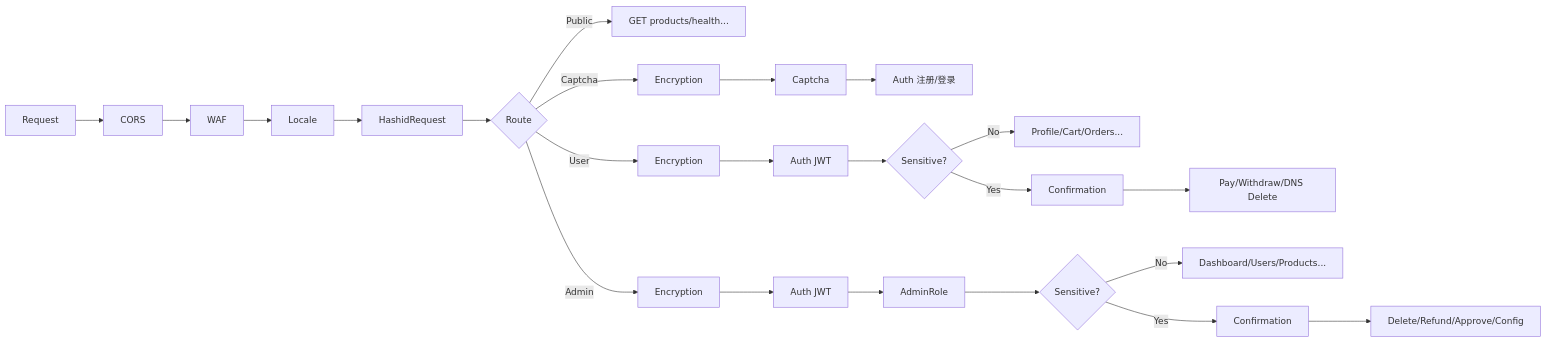
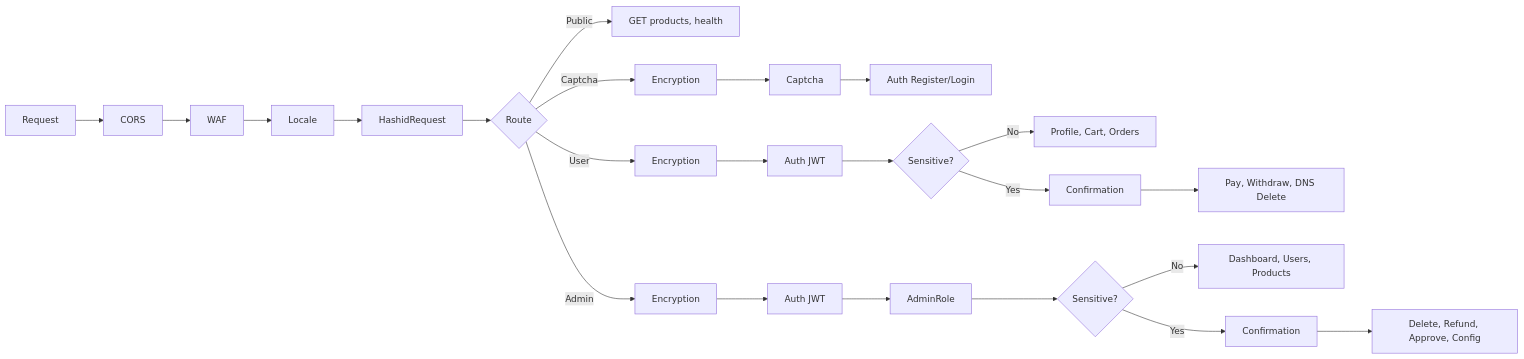
One commit to erikwang2013/cloud changed the second of 2 diagrams in README.md. Above: the diagram before and after it, drawn with Mermaid. The commit also changed other lines of this file and 2 other files, not shown here.

````diff
--- a/README.md
+++ b/README.md
@@ -416,28 +416,28 @@
 ```mermaid
 flowchart LR
     REQ["Request"] --> CORS["CORS"]
     CORS --> WAF["WAF"]
     WAF --> LOCALE["Locale"]
     LOCALE --> HASHID["HashidRequest"]
     HASHID --> ROUTE{"Route"}
 
-    ROUTE -->|"Public"| PUB["GET products/health..."]
-    ROUTE -->|"Captcha"| ENC1["Encryption"]
+    ROUTE -->|Public| PUB["GET products, health"]
+    ROUTE -->|Captcha| ENC1["Encryption"]
     ENC1 --> CAP["Captcha"]
-    CAP --> AUTH_REG["Auth 注册/登录"]
+    CAP --> AUTH_REG["Auth Register/Login"]
 
-    ROUTE -->|"User"| ENC2["Encryption"]
+    ROUTE -->|User| ENC2["Encryption"]
     ENC2 --> AUTH2["Auth JWT"]
     AUTH2 --> SAFE{"Sensitive?"}
-    SAFE -->|"No"| USER["Profile/Cart/Orders..."]
-    SAFE -->|"Yes"| CONF1["Confirmation"]
-    CONF1 --> USER_SEN["Pay/Withdraw/DNS Delete"]
+    SAFE -->|No| USER["Profile, Cart, Orders"]
+    SAFE -->|Yes| CONF1["Confirmation"]
+    CONF1 --> USER_SEN["Pay, Withdraw, DNS Delete"]
 
-    ROUTE -->|"Admin"| ENC3["Encryption"]
+    ROUTE -->|Admin| ENC3["Encryption"]
     ENC3 --> AUTH3["Auth JWT"]
     AUTH3 --> ROLE["AdminRole"]
     ROLE --> SAFE2{"Sensitive?"}
-    SAFE2 -->|"No"| ADMIN["Dashboard/Users/Products..."]
-    SAFE2 -->|"Yes"| CONF2["Confirmation"]
-    CONF2 --> ADMIN_SEN["Delete/Refund/Approve/Config"]
+    SAFE2 -->|No| ADMIN["Dashboard, Users, Products"]
+    SAFE2 -->|Yes| CONF2["Confirmation"]
+    CONF2 --> ADMIN_SEN["Delete, Refund, Approve, Config"]
 ```
````
